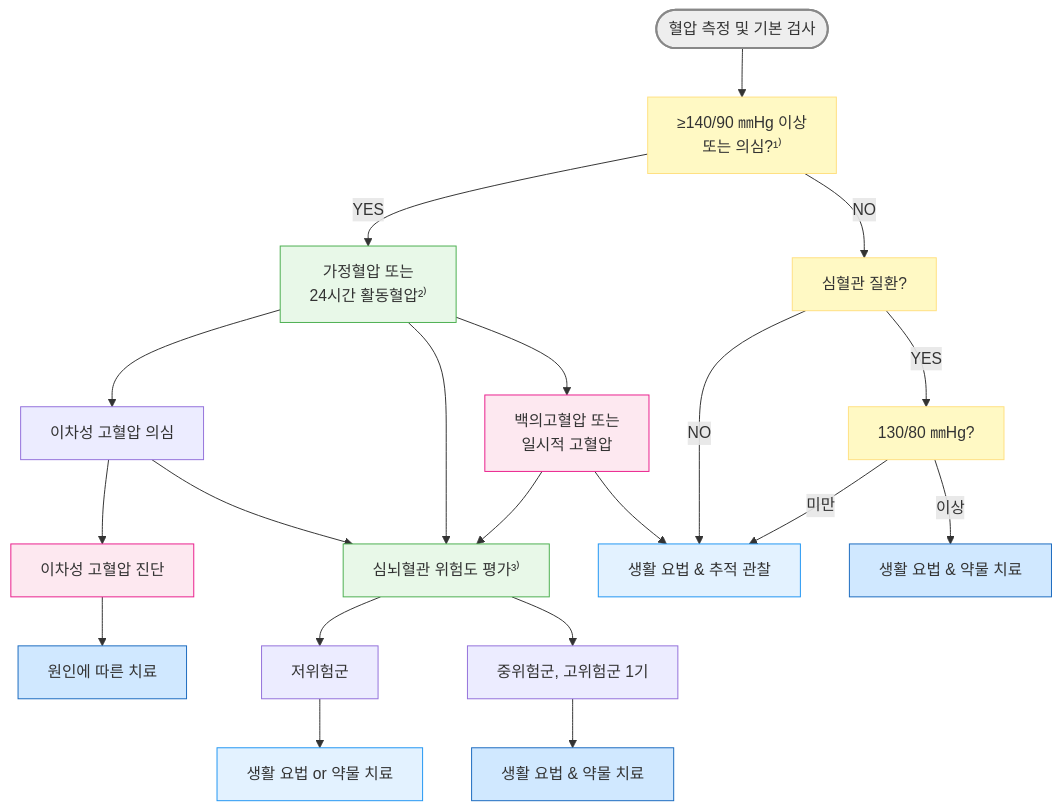
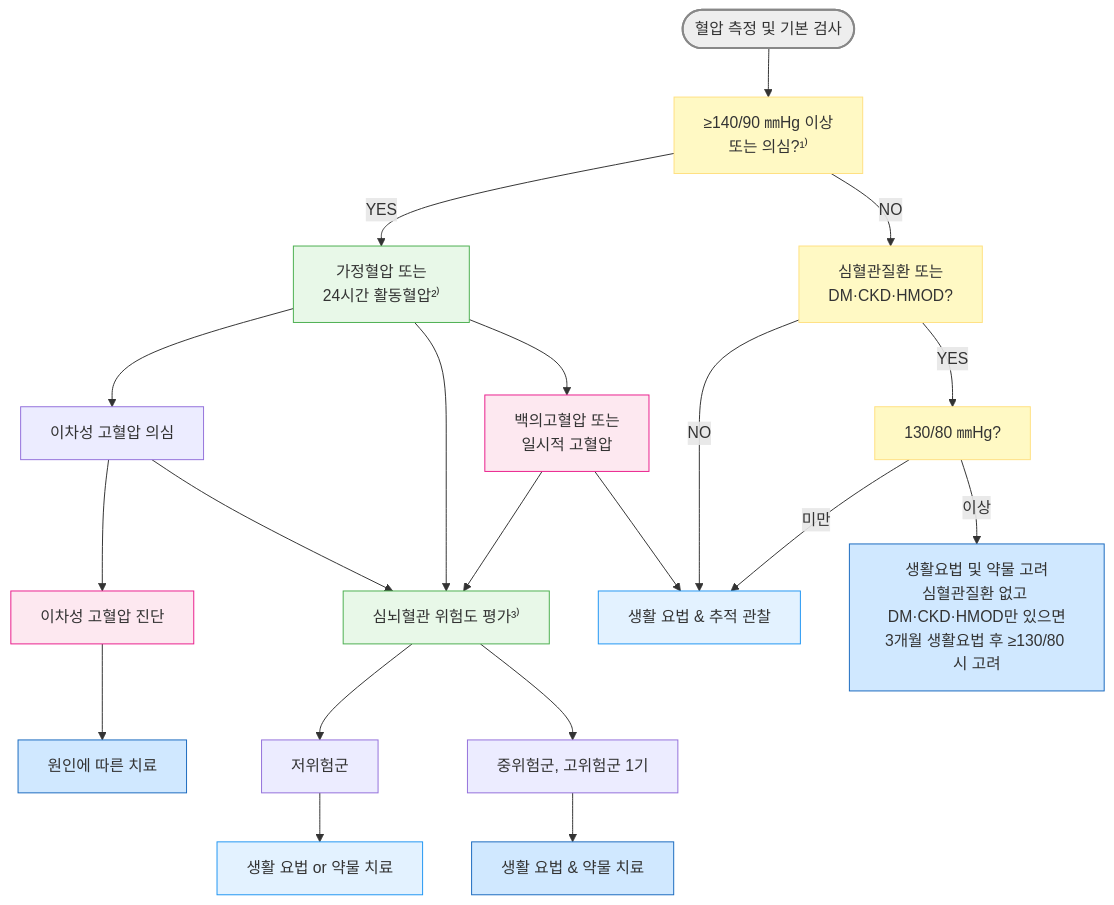
One commit to familyoh77/familyoh77 changed the second of 6 diagrams in 225_/095_-hypertension.md. Above: the diagram before and after it, drawn with Mermaid. The commit also changed other lines of this file and 5 other files, not shown here.

````diff
--- a/225_/095_-hypertension.md
+++ b/225_/095_-hypertension.md
@@ -491,54 +492,54 @@
 ```mermaid
 graph TD
     S1([혈압 측정 및 기본 검사])
 style S1 fill:#eeeeee,stroke:#888888,stroke-width:2px
     S2[≥140/90 ㎜Hg 이상<br/>또는 의심?¹⁾]
     S3[가정혈압 또는 <br/>24시간 활동혈압²⁾]
-    S22[심혈관 질환?]
+    S22["심혈관질환 또는<br/>DM·CKD·HMOD?"]
     S23[130/80 ㎜Hg?]
 classDef yellow fill:#fff9c4,stroke:#ffe082
 class S2,S22,S23 yellow
     S4[이차성 고혈압 의심]
     S5[심뇌혈관 위험도 평가³⁾]
 classDef lightGreen fill:#e8f8e8,stroke:#4caf50
 class S3,S5 lightGreen
     S6[백의고혈압 또는 <br/>일시적 고혈압]
     S7[이차성 고혈압 진단]
 classDef pink fill:#fde8f0,stroke:#e91e8c
 class S6,S7 pink
     S8[저위험군]
     S9[중위험군, 고위험군 1기]
     
     S10[원인에 따른 치료]
     S11[생활 요법 or 약물 치료]
     S12[생활 요법 & 약물 치료]
     S13[생활 요법 & 추적 관찰]
-    S14[생활 요법 & 약물 치료]
+    S14["생활요법 및 약물 고려<br/>심혈관질환 없고 DM·CKD·HMOD만 있으면<br/>3개월 생활요법 후 ≥130/80 시 고려"]
 classDef sky fill:#e3f2ff,stroke:#2196f3
 class S11,S13 sky
 classDef blue fill:#d0e8ff,stroke:#1a6abf
 class S10,S12,S14 blue
     S1 --> S2
     S2 -- YES --> S3
     S2 -- NO --> S22
     S22 -- NO --> S13
     S22 -- YES --> S23
     S23 -- 미만 --> S13
     S23 -- 이상 --> S14
     
     S3 --> S4
     S3 --> S5
     S3 --> S6
     
     S4 --> S7
     S4 --> S5
     S7 --> S10
     
     S5 --> S8
     S5 --> S9
     
     S8 --> S11
     S9 --> S12
     S6 --> S5
     S6 --> S13
 ```
````
